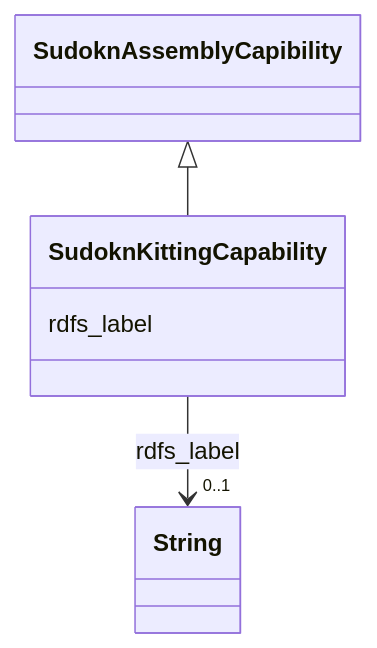
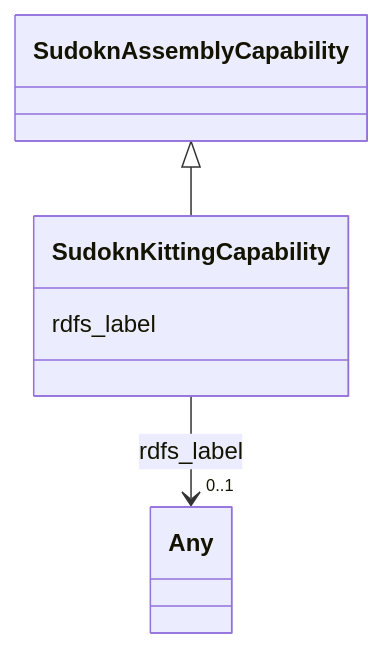
One commit to frink-okn/graph-descriptions changed the diagram in sudokn-kg/classes/SudoknKittingCapability.md. Above: the diagram before and after it, drawn with Mermaid. The commit also changed other lines of this file and 903 other files, not shown here.

````diff
--- a/sudokn-kg/classes/SudoknKittingCapability.md
+++ b/sudokn-kg/classes/SudoknKittingCapability.md
@@ -23,18 +18,18 @@
 ```mermaid
  classDiagram
     class SudoknKittingCapability
     click SudoknKittingCapability href "../SudoknKittingCapability"
-      SudoknAssemblyCapibility <|-- SudoknKittingCapability
-        click SudoknAssemblyCapibility href "../SudoknAssemblyCapibility"
+      SudoknAssemblyCapability <|-- SudoknKittingCapability
+        click SudoknAssemblyCapability href "../SudoknAssemblyCapability"
       
       SudoknKittingCapability : rdfs_label
         
           
     
     
-    SudoknKittingCapability --> "0..1" String : rdfs_label
-    click String href "../String"
+    SudoknKittingCapability --> "0..1" Any : rdfs_label
+    click Any href "../Any"
 
         
       
 ```
````
